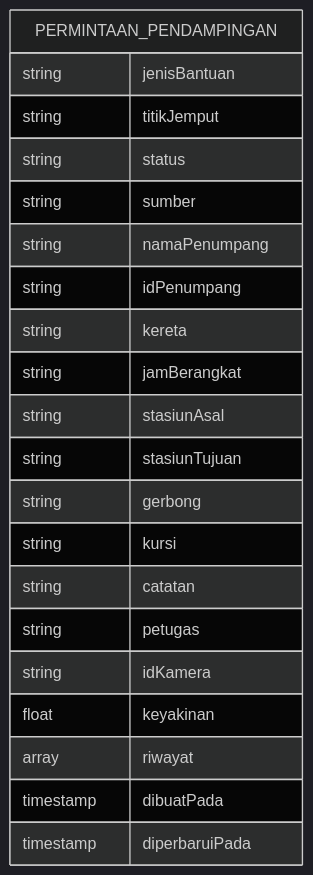
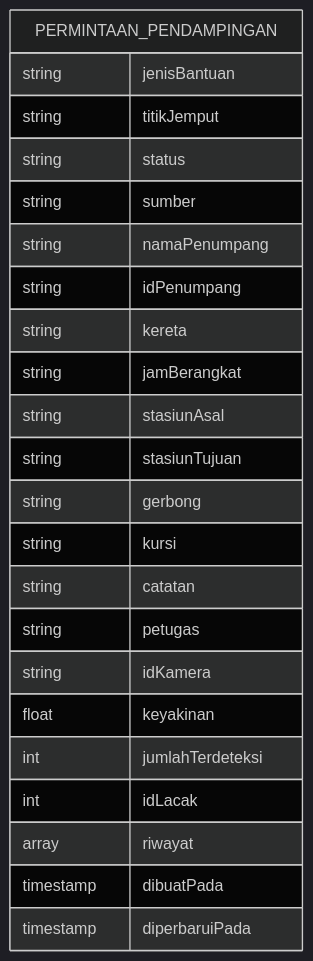
One commit to rdsarjito/whoosh-ramah changed the fourth of 7 diagrams in .qoder/repowiki/en/content/AI Detection System/Firebase Integration.md. Above: the diagram before and after it, drawn with Mermaid (dark theme). The commit also changed other lines of this file and 68 other files, not shown here.

````diff
--- a/.qoder/repowiki/en/content/AI Detection System/Firebase Integration.md
+++ b/.qoder/repowiki/en/content/AI Detection System/Firebase Integration.md
@@ -185,24 +205,26 @@
 ```mermaid
 erDiagram
 PERMINTAAN_PENDAMPINGAN {
 string jenisBantuan
 string titikJemput
 string status
 string sumber
 string namaPenumpang
 string idPenumpang
 string kereta
 string jamBerangkat
 string stasiunAsal
 string stasiunTujuan
 string gerbong
 string kursi
 string catatan
 string petugas
 string idKamera
 float keyakinan
+int jumlahTerdeteksi
+int idLacak
 array riwayat
 timestamp dibuatPada
 timestamp diperbaruiPada
 }
 ```
````
